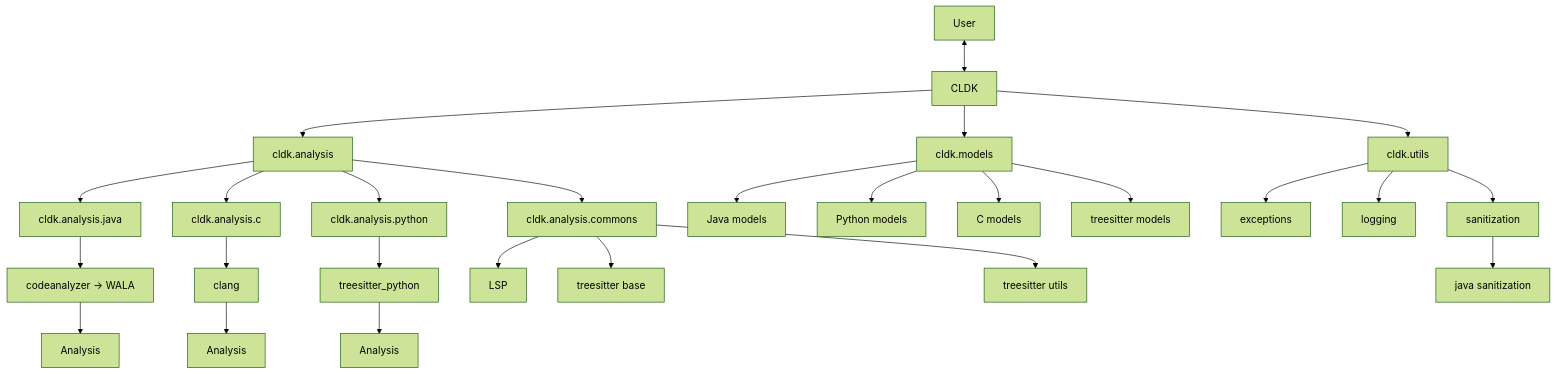
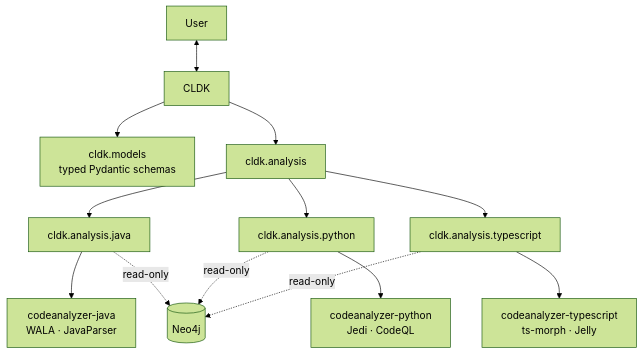
One commit to codellm-devkit/python-sdk changed the diagram in README.md. Above: the diagram before and after it, drawn with Mermaid (forest theme). The commit also changed other lines of this file and 12 other files, not shown here.

First line of the commit message:
feat(java): add a read-only Neo4j analysis backend (parity with Python/TypeScript)

````diff
--- a/README.md
+++ b/README.md
@@ -143,36 +135,18 @@
 ```mermaid
 graph TD
-User <--> A[CLDK]
+    User <--> CLDK
+    CLDK --> M[cldk.models<br/>typed Pydantic schemas]
+    CLDK --> A[cldk.analysis]
 
-    A --> A1[cldk.analysis]
-    
-    A1 --> A2[cldk.analysis.java]
-    A2 --> A3[codeanalyzer → WALA]
-    A3 --> JA[Analysis]
+    A --> J[cldk.analysis.java]
+    A --> P[cldk.analysis.python]
+    A --> T[cldk.analysis.typescript]
 
-    A1 --> A4[cldk.analysis.c]
-    A4 --> A5[clang]
-    A5 --> CA[Analysis]
+    J --> EJ[codeanalyzer-java<br/>WALA · JavaParser]
+    P --> EP[codeanalyzer-python<br/>Jedi · CodeQL]
+    T --> ET[codeanalyzer-typescript<br/>ts-morph · Jelly]
 
-    A1 --> A6[cldk.analysis.python]
-    A6 --> A7[treesitter_python]
-    A7 --> PA[Analysis]
-
-    A1 --> A8[cldk.analysis.commons]
-    A8 --> LSP[LSP]
-    A8 --> TS[treesitter base]
-    A8 --> TU[treesitter utils]
-
-    A --> M[cldk.models]
-    M --> MJ[Java models]
-    M --> MP[Python models]
-    M --> MC[C models]
-    M --> MT[treesitter models]
-
-    A --> U[cldk.utils]
-    U --> UX[exceptions]
-    U --> UL[logging]
-    U --> US[sanitization]
-    US --> USJ[java sanitization]
-
+    J -. read-only .-> N[(Neo4j)]
+    P -. read-only .-> N
+    T -. read-only .-> N
 ```
````
